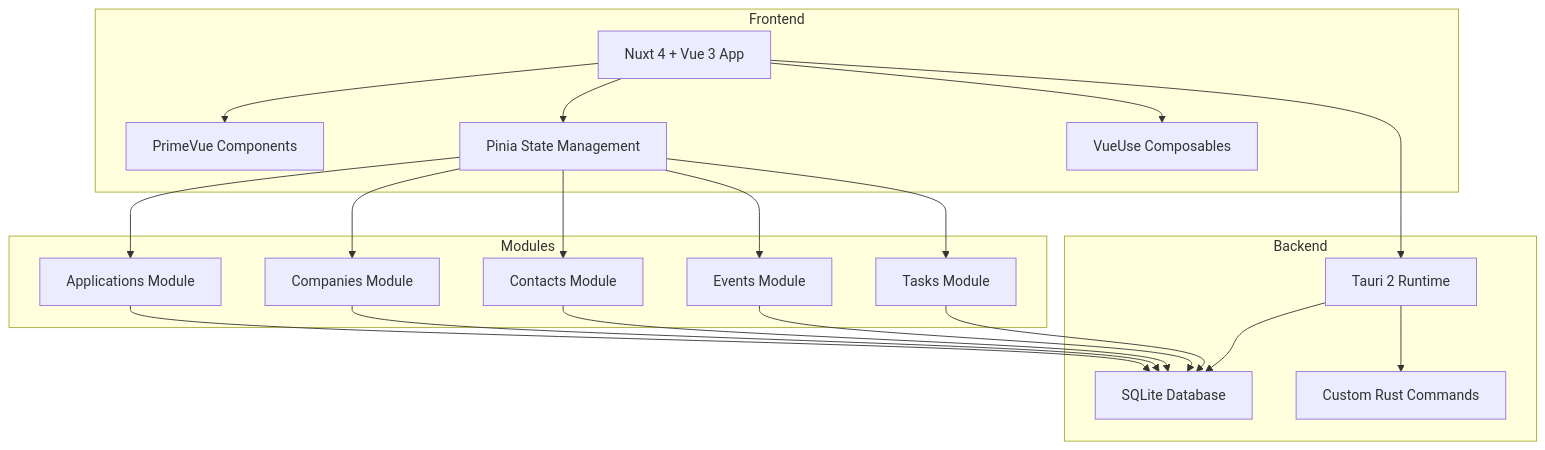
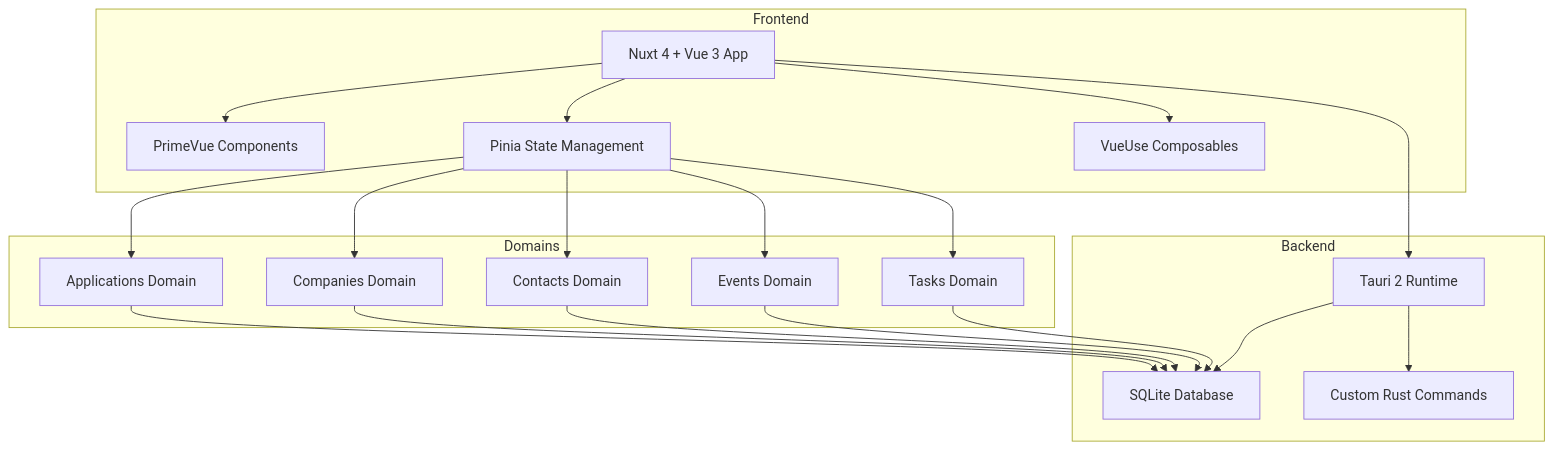
One commit to cartoonclouds/jaa-tauri changed the diagram in README.md. Above: the diagram before and after it, drawn with Mermaid. The commit also changed other lines of this file and 26 other files, not shown here.

````diff
--- a/README.md
+++ b/README.md
@@ -287,40 +298,40 @@
 ```mermaid
 graph TD
     subgraph Frontend
         A[Nuxt 4 + Vue 3 App]
         B[PrimeVue Components]
         C[Pinia State Management]
         D[VueUse Composables]
     end
 
     subgraph Backend
         E[Tauri 2 Runtime]
         F[SQLite Database]
         G[Custom Rust Commands]
     end
 
-    subgraph Modules
-        H[Applications Module]
-        I[Companies Module]
-        J[Contacts Module]
-        K[Events Module]
-        L[Tasks Module]
+    subgraph Domains
+        H[Applications Domain]
+        I[Companies Domain]
+        J[Contacts Domain]
+        K[Events Domain]
+        L[Tasks Domain]
     end
 
     A --> B
     A --> C
     A --> D
     A --> E
     E --> F
     E --> G
     C --> H
     C --> I
     C --> J
     C --> K
     C --> L
     H --> F
     I --> F
     J --> F
     K --> F
     L --> F
 ```
````
